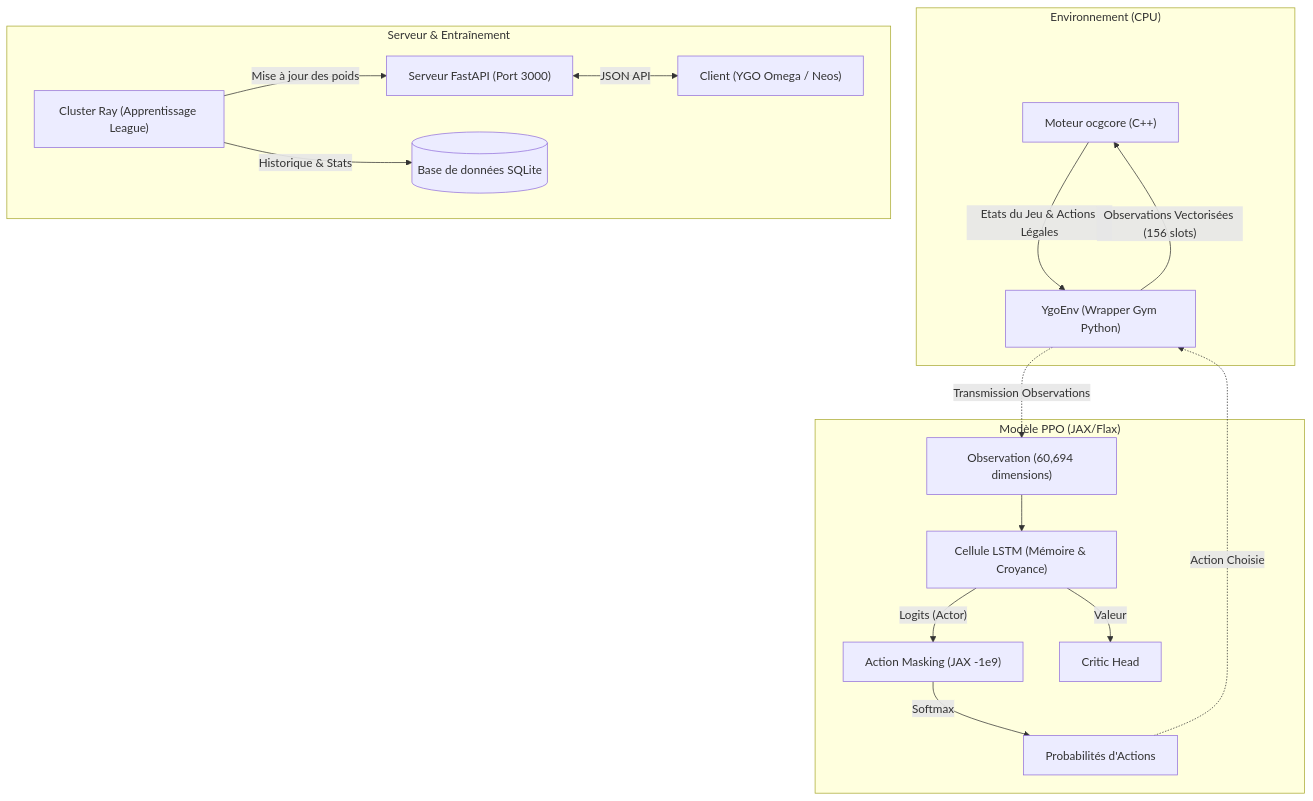
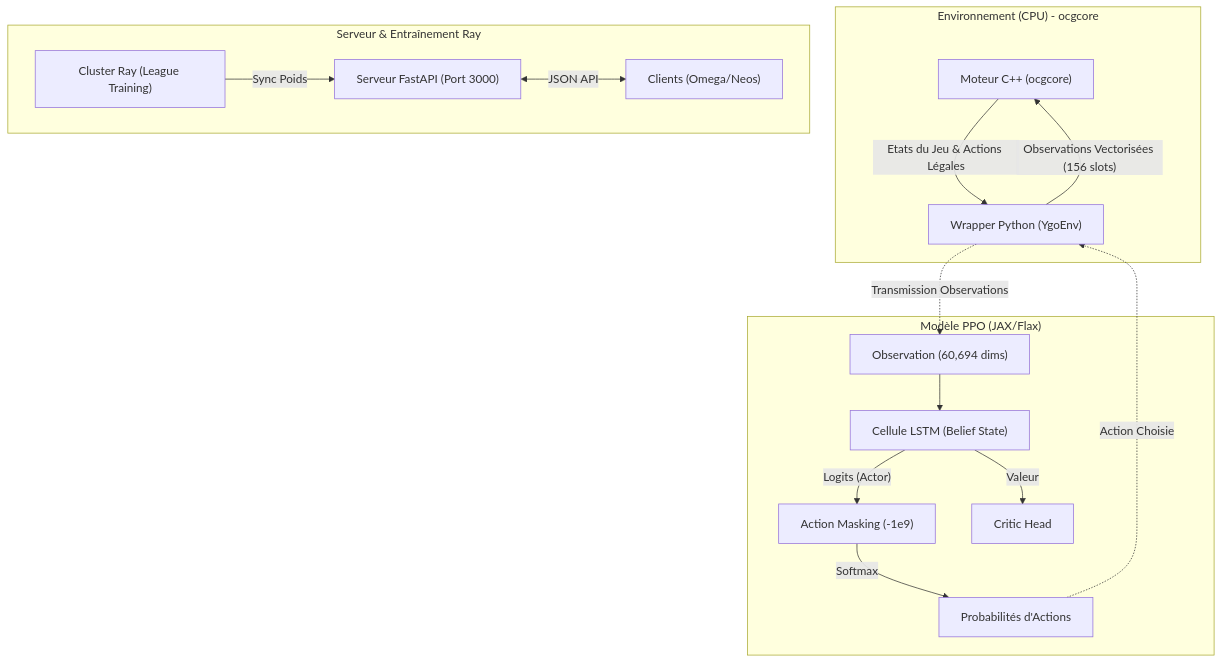
Before and after one commit to Kevzi/YGO-BOT: the diagram in README.md, drawn with Mermaid. The commit also changed other lines of this file, not shown here.

````diff
--- a/README.md
+++ b/README.md
@@ -18,36 +28,34 @@
 ```mermaid
 graph TD
     %% Moteur et Environnement
-    subgraph Environnement ["Environnement (CPU)"]
-        CPP["Moteur ocgcore (C++)"]
-        YGO["YgoEnv (Wrapper Gym Python)"]
+    subgraph Environnement ["Environnement (CPU) - ocgcore"]
+        CPP["Moteur C++ (ocgcore)"]
+        YGO["Wrapper Python (YgoEnv)"]
         CPP -->|"Etats du Jeu & Actions Légales"| YGO
         YGO -->|"Observations Vectorisées (156 slots)"| CPP
     end
 
     %% Réseau de Neurones
     subgraph Modele ["Modèle PPO (JAX/Flax)"]
-        OBS["Observation (60,694 dimensions)"]
-        LSTM["Cellule LSTM (Mémoire & Croyance)"]
-        MASK["Action Masking (JAX -1e9)"]
+        OBS["Observation (60,694 dims)"]
+        LSTM["Cellule LSTM (Belief State)"]
+        MASK["Action Masking (-1e9)"]
         
         OBS --> LSTM
         LSTM -->|"Logits (Actor)"| MASK
         MASK -->|"Softmax"| PROBS["Probabilités d'Actions"]
         LSTM -->|"Valeur"| CRITIC["Critic Head"]
     end
 
     %% Inférence & Entraînement
-    subgraph Inférence ["Serveur & Entraînement"]
+    subgraph Inférence ["Serveur & Entraînement Ray"]
         API["Serveur FastAPI (Port 3000)"]
-        RAY["Cluster Ray (Apprentissage League)"]
-        DB[(Base de données SQLite)]
+        RAY["Cluster Ray (League Training)"]
         
-        API <-->|"JSON API"| Client["Client (YGO Omega / Neos)"]
-        RAY -->|"Mise à jour des poids"| API
-        RAY -->|"Historique & Stats"| DB
+        API <-->|"JSON API"| Client["Clients (Omega/Neos)"]
+        RAY -->|"Sync Poids"| API
     end
 
     YGO -.->|"Transmission Observations"| OBS
     PROBS -.->|"Action Choisie"| YGO
 ```
````
